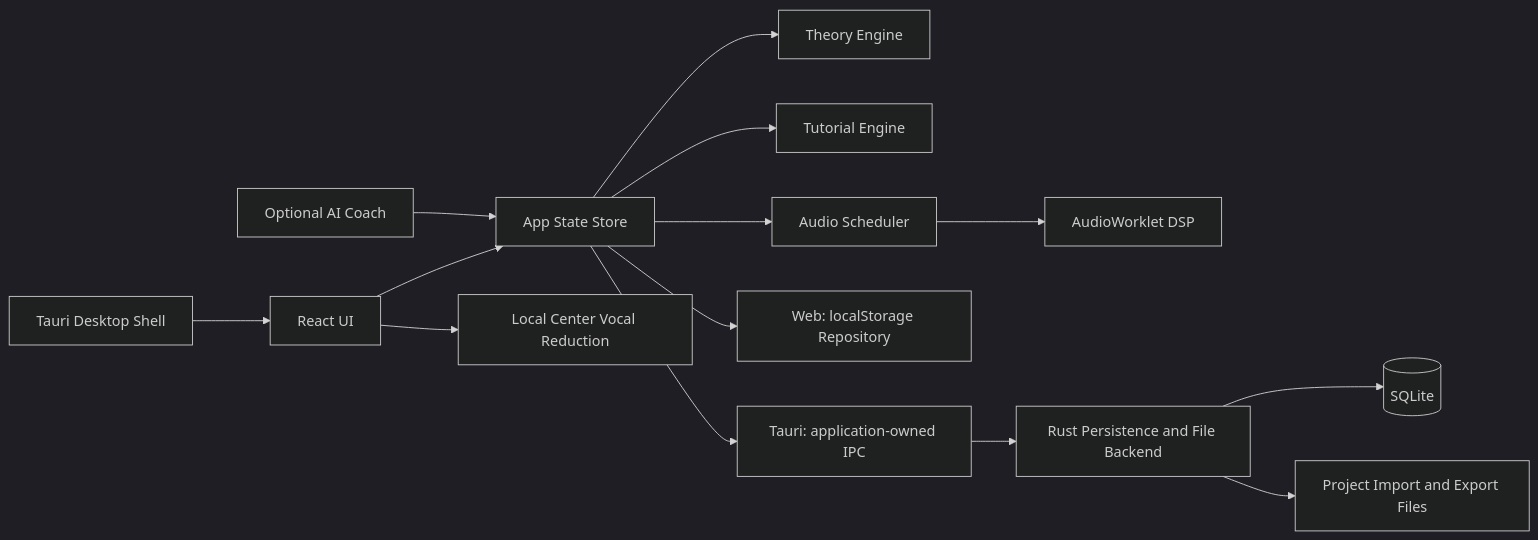
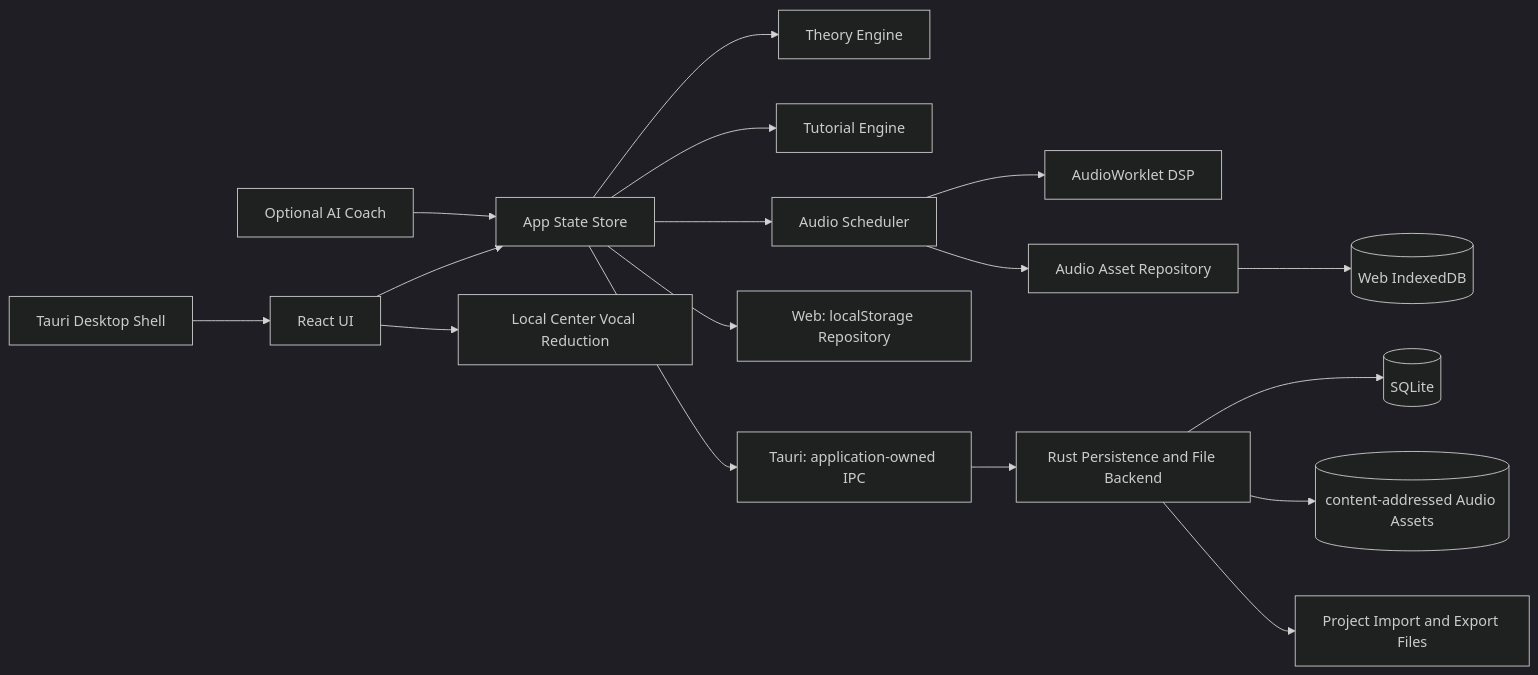
Before and after one commit to machaniconico/compose-tutor-studio: the diagram in docs/05_technical_architecture.md, drawn with Mermaid (dark theme). The commit also changed other lines of this file and 11 other files, not shown here.

````diff
--- a/docs/05_technical_architecture.md
+++ b/docs/05_technical_architecture.md
@@ -40,16 +40,19 @@
 ```mermaid
 flowchart LR
   Shell[Tauri Desktop Shell] --> UI
   UI[React UI] --> Store[App State Store]
   Store --> Theory[Theory Engine]
   Store --> Tutorial[Tutorial Engine]
   Store --> Audio[Audio Scheduler]
   Audio --> Worklet[AudioWorklet DSP]
   UI --> VocalCut[Local Center Vocal Reduction]
   Store --> BrowserRepo[Web: localStorage Repository]
+  Audio --> AssetRepo[Audio Asset Repository]
+  AssetRepo --> IDB[(Web IndexedDB)]
   Store --> IPC[Tauri: application-owned IPC]
   IPC --> Rust[Rust Persistence and File Backend]
   Rust --> DB[(SQLite)]
+  Rust --> AssetFS[(content-addressed Audio Assets)]
   Rust --> FS[Project Import and Export Files]
   AI[Optional AI Coach] --> Store
 ```
````
